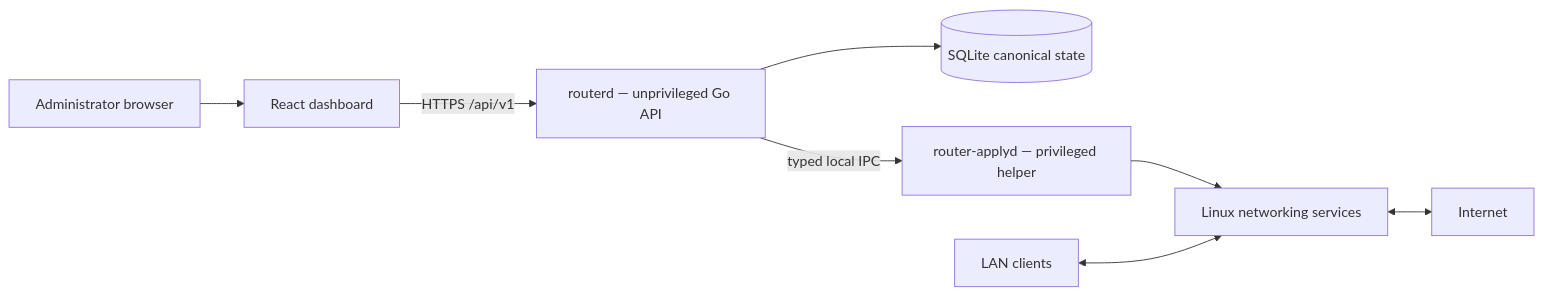
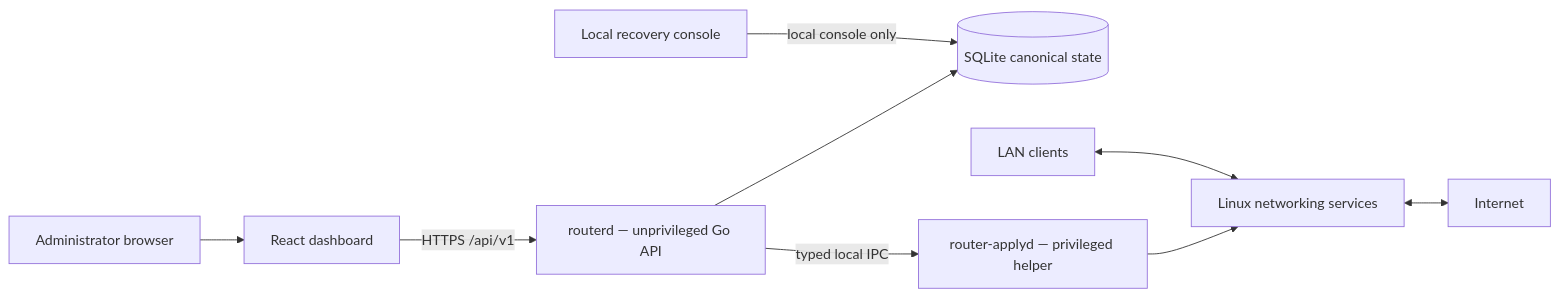
One commit to vladimirperovic/minimalrouter changed the diagram in README.md. Above: the diagram before and after it, drawn with Mermaid. The commit also changed other lines of this file, not shown here.

Commit message:
docs: update public README for recovery, DNS Filter and signed releases

````diff
--- a/README.md
+++ b/README.md
@@ -149,19 +171,21 @@
 ```mermaid
 flowchart LR
     Browser[Administrator browser]
     UI[React dashboard]
     Routerd[routerd — unprivileged Go API]
     DB[(SQLite canonical state)]
     Applyd[router-applyd — privileged helper]
+    Recovery[Local recovery console]
     Linux[Linux networking services]
     LAN[LAN clients]
     WAN[Internet]
 
     Browser --> UI
     UI -->|HTTPS /api/v1| Routerd
     Routerd --> DB
     Routerd -->|typed local IPC| Applyd
+    Recovery -->|local console only| DB
     Applyd --> Linux
     LAN <--> Linux
     Linux <--> WAN
 ```
````
